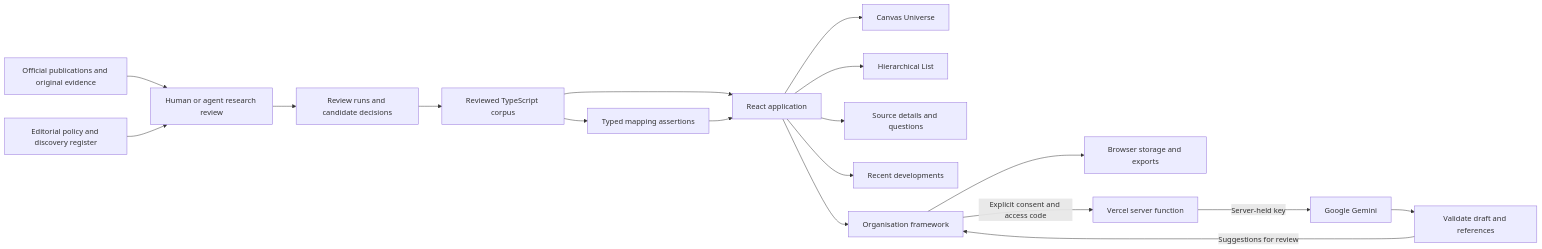
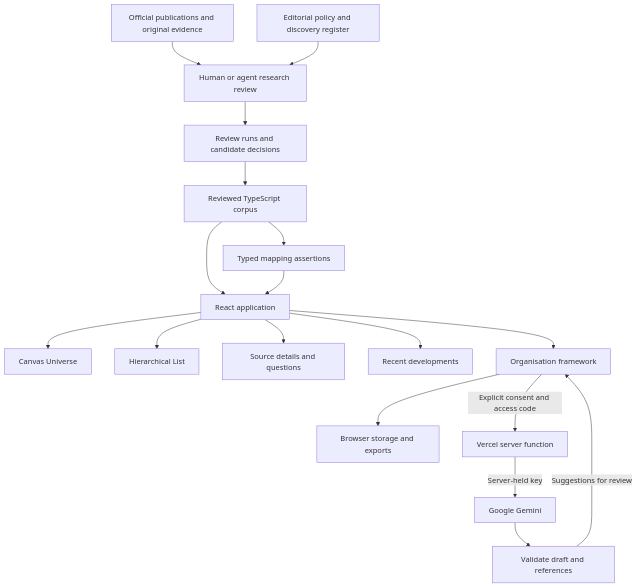
Before and after one commit to 9to5ai/ai-trust-atlas: the first of 5 diagrams in README.md, drawn with Mermaid. The commit also changed other lines of this file, not shown here.

Commit message:
Improve README diagram readability

````diff
--- a/README.md
+++ b/README.md
@@ -44,20 +44,20 @@
 ```mermaid
-flowchart LR
+flowchart TD
   Official[Official publications and original evidence] --> Review[Human or agent research review]
   Policy[Editorial policy and discovery register] --> Review
   Review --> Ledger[Review runs and candidate decisions]
   Ledger --> Corpus[Reviewed TypeScript corpus]
   Corpus --> Assertions[Typed mapping assertions]
   Corpus --> UI[React application]
   Assertions --> UI
   UI --> Universe[Canvas Universe]
   UI --> List[Hierarchical List]
   UI --> Inspector[Source details and questions]
   UI --> News[Recent developments]
   UI --> Workspace[Organisation framework]
   Workspace --> Local[Browser storage and exports]
   Workspace -->|Explicit consent and access code| API[Vercel server function]
   API -->|Server-held key| Gemini[Google Gemini]
   Gemini --> Validation[Validate draft and references]
   Validation -->|Suggestions for review| Workspace
 ```
````
